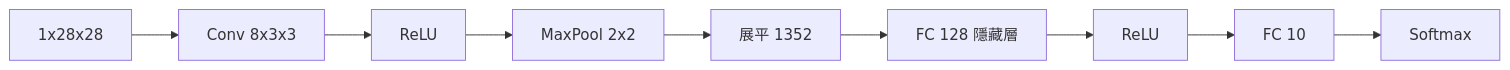
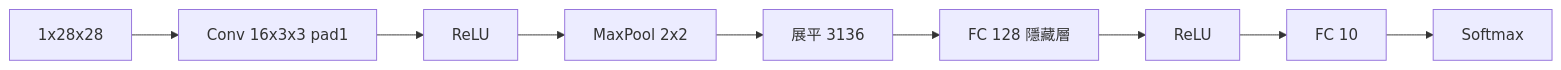
The third of 6 diagrams in README.md (cw1997/mnist-playground), drawn with Mermaid before and after one commit. The commit also changed other lines of this file and 2 other files, not shown here.

Commit message:
Update README.md and training scripts to reflect changes in CNN architecture and training parameters; increase EPOCHS to 5, adjust convolution parameters, and implement momentum in SGD for improved model performance.

````diff
--- a/README.md
+++ b/README.md
@@ -406,11 +406,11 @@
 ```mermaid
 flowchart LR
-  input["1x28x28"] --> conv1["Conv 8x3x3"]
+  input["1x28x28"] --> conv1["Conv 16x3x3 pad1"]
   conv1 --> relu1["ReLU"]
   relu1 --> pool1["MaxPool 2x2"]
-  pool1 --> flat["展平 1352"]
+  pool1 --> flat["展平 3136"]
   flat --> hidden["FC 128 隱藏層"]
   hidden --> relu2["ReLU"]
   relu2 --> output["FC 10"]
   output --> softmax["Softmax"]
 ```
````
